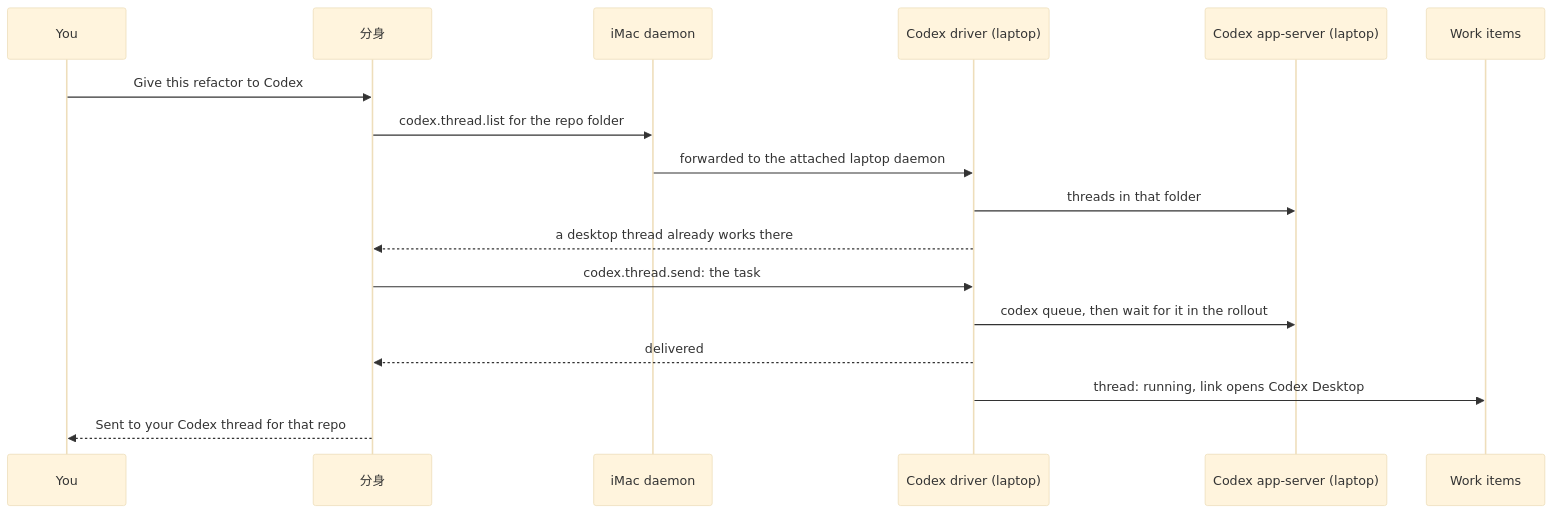
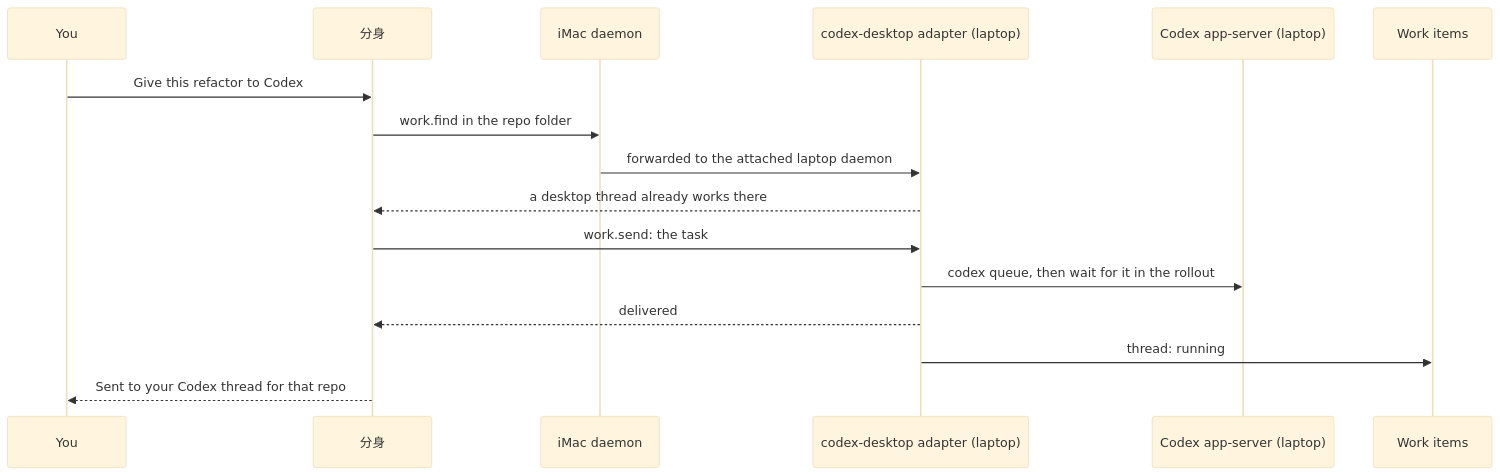
The ninth of 11 diagrams in docs/architecture/neo-driver-model.md (lsm/HyperNeo), drawn with Mermaid (base theme) before and after one commit. The commit also changed other lines of this file, not shown here.

First line of the commit message:
docs: revise the Neo driver model around swappable adapters

````diff
--- a/docs/architecture/neo-driver-model.md
+++ b/docs/architecture/neo-driver-model.md
@@ -298,19 +384,18 @@
 ```mermaid
 sequenceDiagram
   participant You
   participant H as 分身
   participant I as iMac daemon
-  participant D as Codex driver (laptop)
+  participant D as codex-desktop adapter (laptop)
   participant C as Codex app-server (laptop)
   participant W as Work items
   You->>H: Give this refactor to Codex
-  H->>I: codex.thread.list for the repo folder
+  H->>I: work.find in the repo folder
   I->>D: forwarded to the attached laptop daemon
-  D->>C: threads in that folder
   D-->>H: a desktop thread already works there
-  H->>D: codex.thread.send: the task
+  H->>D: work.send: the task
   D->>C: codex queue, then wait for it in the rollout
   D-->>H: delivered
-  D->>W: thread: running, link opens Codex Desktop
+  D->>W: thread: running
   H-->>You: Sent to your Codex thread for that repo
 ```
````
